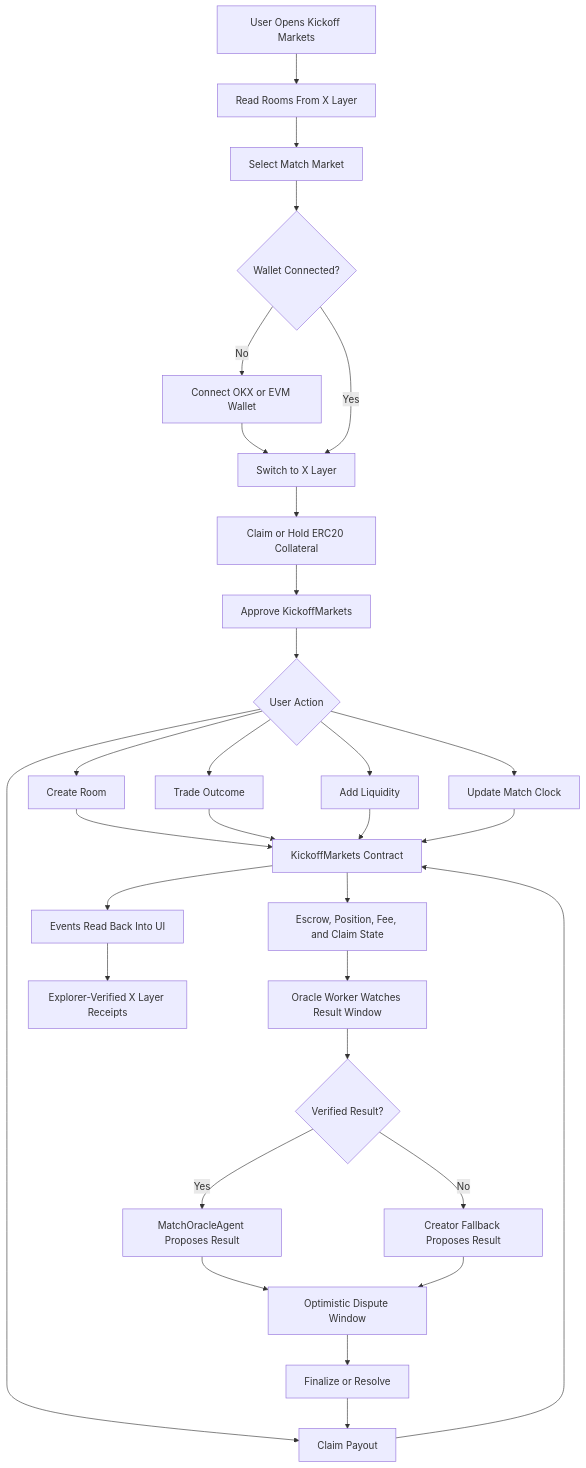
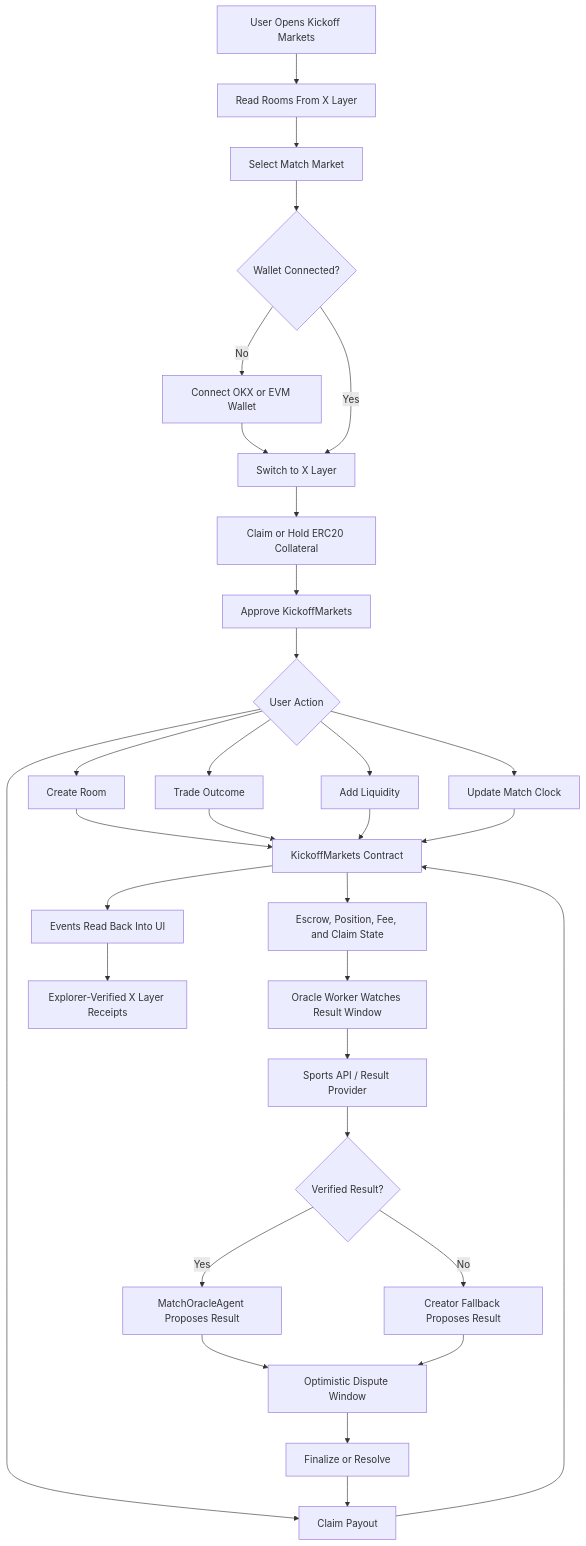
One commit to ELLA0VICTOR/kickoff-markets changed the diagram in README.md. Above: the diagram before and after it, drawn with Mermaid. The commit also changed other lines of this file and 7 other files, not shown here.

````diff
--- a/README.md
+++ b/README.md
@@ -22,33 +22,34 @@
 ```mermaid
 flowchart TD
     A[User Opens Kickoff Markets] --> B[Read Rooms From X Layer]
     B --> C[Select Match Market]
     C --> D{Wallet Connected?}
     D -- No --> E[Connect OKX or EVM Wallet]
     E --> F[Switch to X Layer]
     D -- Yes --> F
     F --> G[Claim or Hold ERC20 Collateral]
     G --> H[Approve KickoffMarkets]
     H --> I{User Action}
     I --> J[Create Room]
     I --> K[Trade Outcome]
     I --> L[Add Liquidity]
     I --> M[Update Match Clock]
     I --> N[Claim Payout]
     J --> P[KickoffMarkets Contract]
     K --> P
     L --> P
     M --> P
     P --> Q[Escrow, Position, Fee, and Claim State]
     Q --> R[Oracle Worker Watches Result Window]
-    R --> T{Verified Result?}
+    R --> S[Sports API / Result Provider]
+    S --> T{Verified Result?}
     T -- Yes --> U[MatchOracleAgent Proposes Result]
     T -- No --> V[Creator Fallback Proposes Result]
     U --> W[Optimistic Dispute Window]
     V --> W
     W --> X[Finalize or Resolve]
     X --> N
     N --> P
     P --> Y[Events Read Back Into UI]
     Y --> Z[Explorer-Verified X Layer Receipts]
 ```
````
